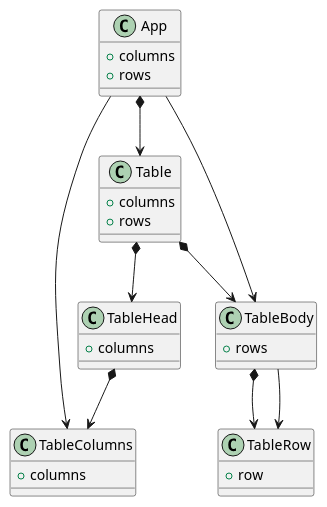
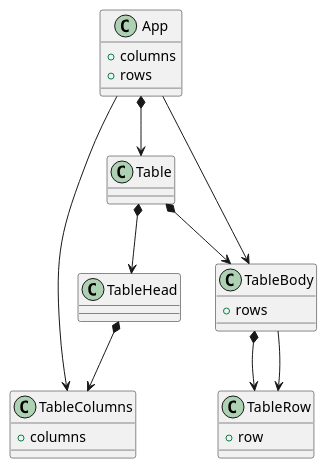
One commit to hondilla/react-course changed the second of 2 diagrams in website/docs/properties.md. Above: the diagram before and after it, drawn with PlantUML. The commit also changed 4 other files, not shown here.

````diff
--- a/website/docs/properties.md
+++ b/website/docs/properties.md
@@ -276,30 +276,25 @@
 ```plantuml Prop Drilling
 class App {
     + columns
     + rows
 }
-class Table {
-    + columns
-    + rows
-}
-class TableHead {
-    + columns
-}
+class Table {}
+class TableHead {}
 class TableColumns {
     + columns
 }
 class TableBody {
     + rows
 }
 class TableRow {
     + row
 }
 App *--> Table
 App --> TableColumns
 App --> TableBody
 Table *--> TableHead
 Table *--> TableBody
 TableHead *--> TableColumns
 TableBody *--> TableRow
 TableBody --> TableRow
 ```
````
